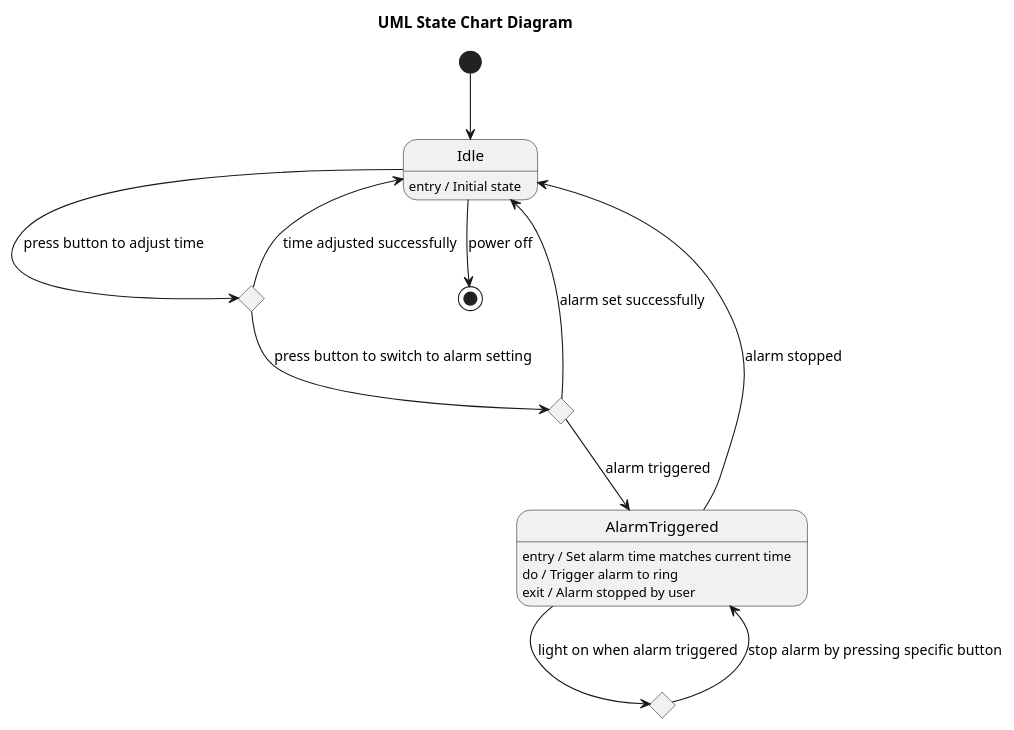
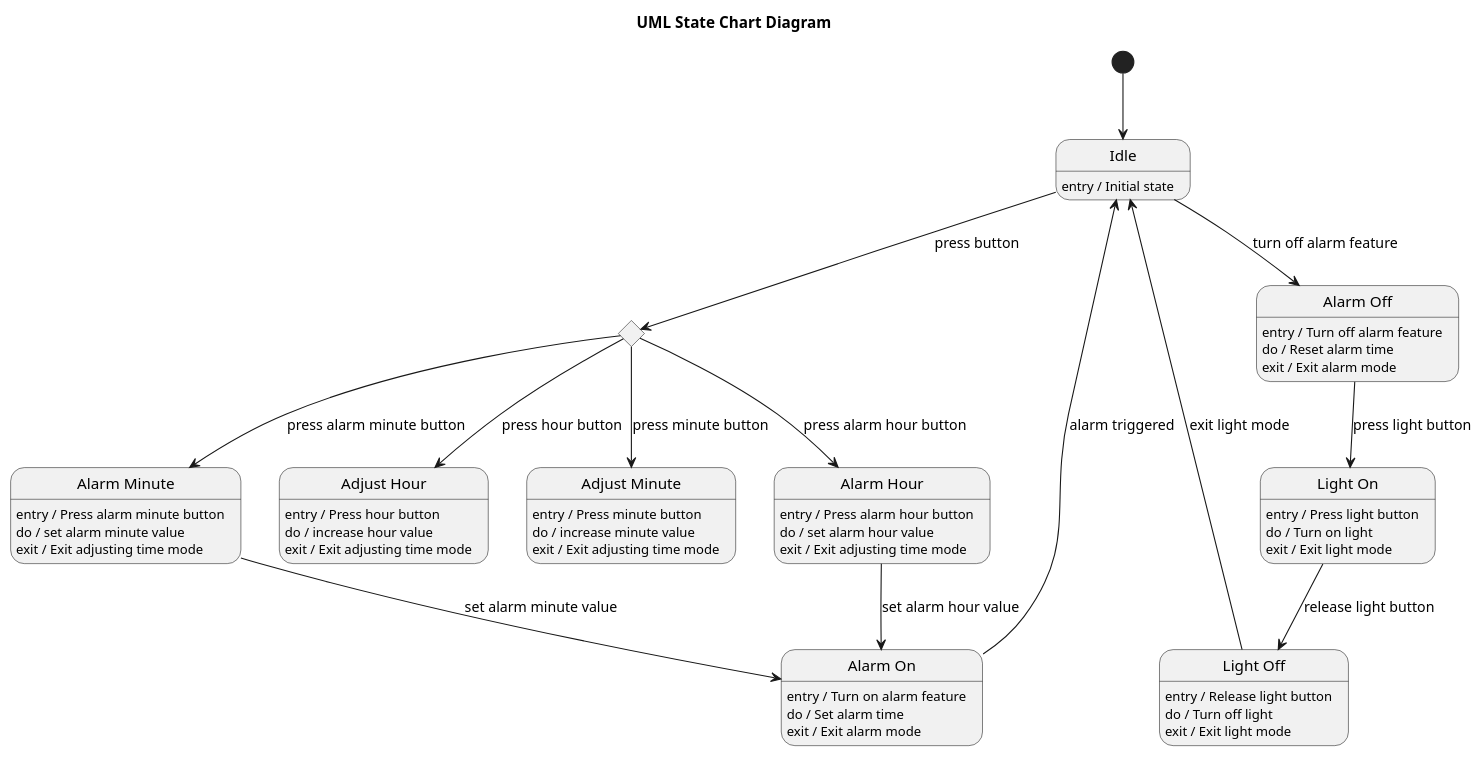
The diagram in results/plantuml_pipeline_run3/runs/open_source__llama31_8b_instruct__few_shot/case_46_digital_watch/run_01.puml (maimunafaria/State_transition_Diagram_generated_by_LLM), drawn with PlantUML before and after one commit. The commit also changed 472 other files, not shown here.

```diff
--- a/results/plantuml_pipeline_run3/runs/open_source__llama31_8b_instruct__few_shot/case_46_digital_watch/run_01.puml
+++ b/results/plantuml_pipeline_run3/runs/open_source__llama31_8b_instruct__few_shot/case_46_digital_watch/run_01.puml
@@ -1,39 +1,65 @@
 @startuml
 title UML State Chart Diagram
 
 [*] --> Idle
 
 state Idle
 Idle : entry / Initial state
 
 state AdjustingTime <<choice>>
-AdjustingTime : entry / User presses button to adjust time
-AdjustingTime : do / Increase values while adjusting time settings
-AdjustingTime : exit / Time adjusted successfully
+Idle --> AdjustingTime : press button
 
-state AlarmSetting <<choice>>
-AlarmSetting : entry / User turns on or off alarm feature
-AlarmSetting : do / Set alarm hour and minutes
-AlarmSetting : exit / Alarm set successfully
+state "Adjust Hour" as AdjustHour
+AdjustHour : entry / Press hour button
+AdjustHour : do / increase hour value
+AdjustHour : exit / Exit adjusting time mode
 
-state AlarmTriggered
-AlarmTriggered : entry / Set alarm time matches current time
-AlarmTriggered : do / Trigger alarm to ring
-AlarmTriggered : exit / Alarm stopped by user
+state "Adjust Minute" as AdjustMinute
+AdjustMinute : entry / Press minute button
+AdjustMinute : do / increase minute value
+AdjustMinute : exit / Exit adjusting time mode
 
-state LightOn <<choice>>
-LightOn : entry / User presses button to turn on light
-LightOn : do / Turn on light feature
-LightOn : exit / Light turned off when button released
+state "Alarm Hour" as AlarmHour
+AlarmHour : entry / Press alarm hour button
+AlarmHour : do / set alarm hour value
+AlarmHour : exit / Exit adjusting time mode
 
-Idle --> AdjustingTime : press button to adjust time
-AdjustingTime --> Idle : time adjusted successfully
-AdjustingTime --> AlarmSetting : press button to switch to alarm setting
-AlarmSetting --> Idle : alarm set successfully
-AlarmSetting --> AlarmTriggered : alarm triggered
-AlarmTriggered --> LightOn : light on when alarm triggered
-LightOn --> AlarmTriggered : stop alarm by pressing specific button
-AlarmTriggered --> Idle : alarm stopped
+state "Alarm Minute" as AlarmMinute
+AlarmMinute : entry / Press alarm minute button
+AlarmMinute : do / set alarm minute value
+AlarmMinute : exit / Exit adjusting time mode
 
-Idle --> [*] : power off
+AdjustingTime --> AdjustHour : press hour button
+AdjustingTime --> AdjustMinute : press minute button
+AdjustingTime --> AlarmHour : press alarm hour button
+AdjustingTime --> AlarmMinute : press alarm minute button
+
+state "Alarm On" as AlarmOn
+AlarmOn : entry / Turn on alarm feature
+AlarmOn : do / Set alarm time
+AlarmOn : exit / Exit alarm mode
+
+state "Alarm Off" as AlarmOff
+AlarmOff : entry / Turn off alarm feature
+AlarmOff : do / Reset alarm time
+AlarmOff : exit / Exit alarm mode
+
+state "Light On" as LightOn
+LightOn : entry / Press light button
+LightOn : do / Turn on light
+LightOn : exit / Exit light mode
+
+state "Light Off" as LightOff
+LightOff : entry / Release light button
+LightOff : do / Turn off light
+LightOff : exit / Exit light mode
+
+AlarmHour --> AlarmOn : set alarm hour value
+AlarmMinute --> AlarmOn : set alarm minute value
+AlarmOn --> Idle : alarm triggered
+Idle --> AlarmOff : turn off alarm feature
+AlarmOff --> LightOn : press light button
+LightOn --> LightOff : release light button
+LightOff --> Idle : exit light mode
+
 @enduml
```
